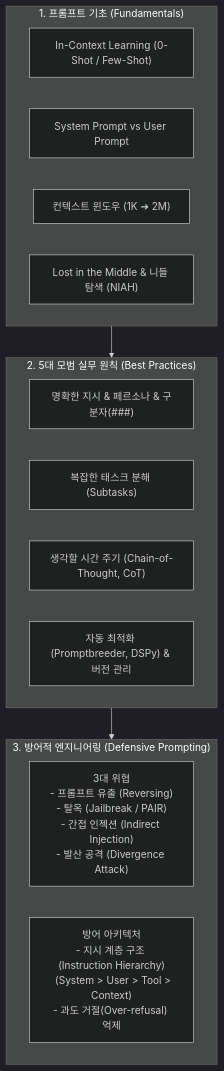
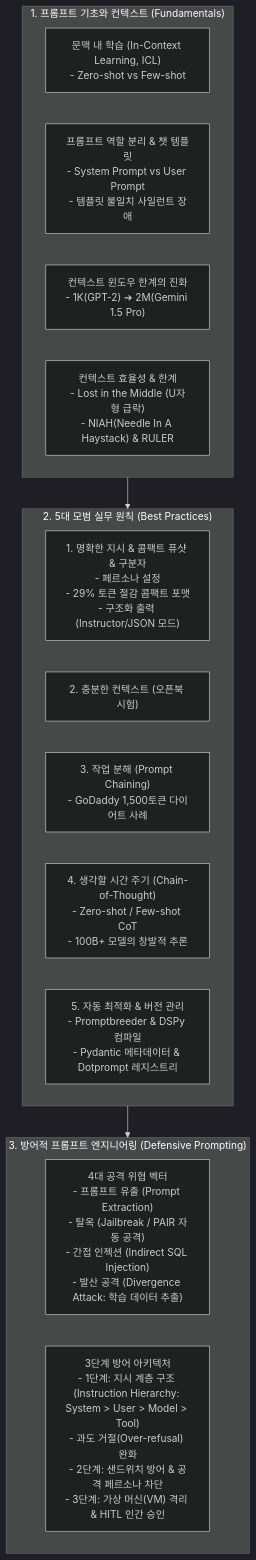
Before and after one commit to sing-u8/AI-Engineering: the diagram in chapter-qa/ch05-prompt-engineering-qa/00-ch05-overview.md, drawn with Mermaid (dark theme). The commit also changed other lines of this file and 25 other files, not shown here.

````diff
--- a/chapter-qa/ch05-prompt-engineering-qa/00-ch05-overview.md
+++ b/chapter-qa/ch05-prompt-engineering-qa/00-ch05-overview.md
@@ -28,24 +28,25 @@
 ```mermaid
 flowchart TD
-    subgraph Fundamentals["1. 프롬프트 기초 (Fundamentals)"]
-        ICL["In-Context Learning (0-Shot / Few-Shot)"]
-        SysVsUser["System Prompt vs User Prompt"]
-        CtxLen["컨텍스트 윈도우 (1K ➔ 2M)"]
-        LostMid["Lost in the Middle & 니들 탐색 (NIAH)"]
+    subgraph Fundamentals["1. 프롬프트 기초와 컨텍스트 (Fundamentals)"]
+        ICL["문맥 내 학습 (In-Context Learning, ICL)\n- Zero-shot vs Few-shot"]
+        SysVsUser["프롬프트 역할 분리 & 챗 템플릿\n- System Prompt vs User Prompt\n- 템플릿 불일치 사일런트 장애"]
+        CtxLen["컨텍스트 윈도우 한계의 진화\n- 1K(GPT-2) ➔ 2M(Gemini 1.5 Pro)"]
+        LostMid["컨텍스트 효율성 & 한계\n- Lost in the Middle (U자형 급락)\n- NIAH(Needle In A Haystack) & RULER"]
     end
 
     subgraph BestPractices["2. 5대 모범 실무 원칙 (Best Practices)"]
-        Explicit["명확한 지시 & 페르소나 & 구분자(###)"]
-        Decomp["복잡한 태스크 분해 (Subtasks)"]
-        CoT["생각할 시간 주기 (Chain-of-Thought, CoT)"]
-        AutoPrompt["자동 최적화 (Promptbreeder, DSPy) & 버전 관리"]
+        Explicit["1. 명확한 지시 & 콤팩트 퓨샷 & 구분자\n- 페르소나 설정\n- 29% 토큰 절감 콤팩트 포맷\n- 구조화 출력 (Instructor/JSON 모드)"]
+        Context["2. 충분한 컨텍스트 (오픈북 시험)"]
+        Decomp["3. 작업 분해 (Prompt Chaining)\n- GoDaddy 1,500토큰 다이어트 사례"]
+        CoT["4. 생각할 시간 주기 (Chain-of-Thought)\n- Zero-shot / Few-shot CoT\n- 100B+ 모델의 창발적 추론"]
+        AutoPrompt["5. 자동 최적화 & 버전 관리\n- Promptbreeder & DSPy 컴파일\n- Pydantic 메타데이터 & Dotprompt 레지스트리"]
     end
 
-    subgraph Defense["3. 방어적 엔지니어링 (Defensive Prompting)"]
-        Threats["3대 위협\n- 프롬프트 유출 (Reversing)\n- 탈옥 (Jailbreak / PAIR)\n- 간접 인젝션 (Indirect Injection)\n- 발산 공격 (Divergence Attack)"]
-        Hierarchy["방어 아키텍처\n- 지시 계층 구조 (Instruction Hierarchy)\n  (System > User > Tool > Context)\n- 과도 거절(Over-refusal) 억제"]
+    subgraph Defense["3. 방어적 프롬프트 엔지니어링 (Defensive Prompting)"]
+        Threats["4대 공격 위협 벡터\n- 프롬프트 유출 (Prompt Extraction)\n- 탈옥 (Jailbreak / PAIR 자동 공격)\n- 간접 인젝션 (Indirect SQL Injection)\n- 발산 공격 (Divergence Attack: 학습 데이터 추출)"]
+        Hierarchy["3단계 방어 아키텍처\n- 1단계: 지시 계층 구조 (Instruction Hierarchy: System > User > Model > Tool)\n- 과도 거절(Over-refusal) 완화\n- 2단계: 샌드위치 방어 & 공격 페르소나 차단\n- 3단계: 가상 머신(VM) 격리 & HITL 인간 승인"]
     end
 
     Fundamentals --> BestPractices
     BestPractices --> Defense
 ```
````
